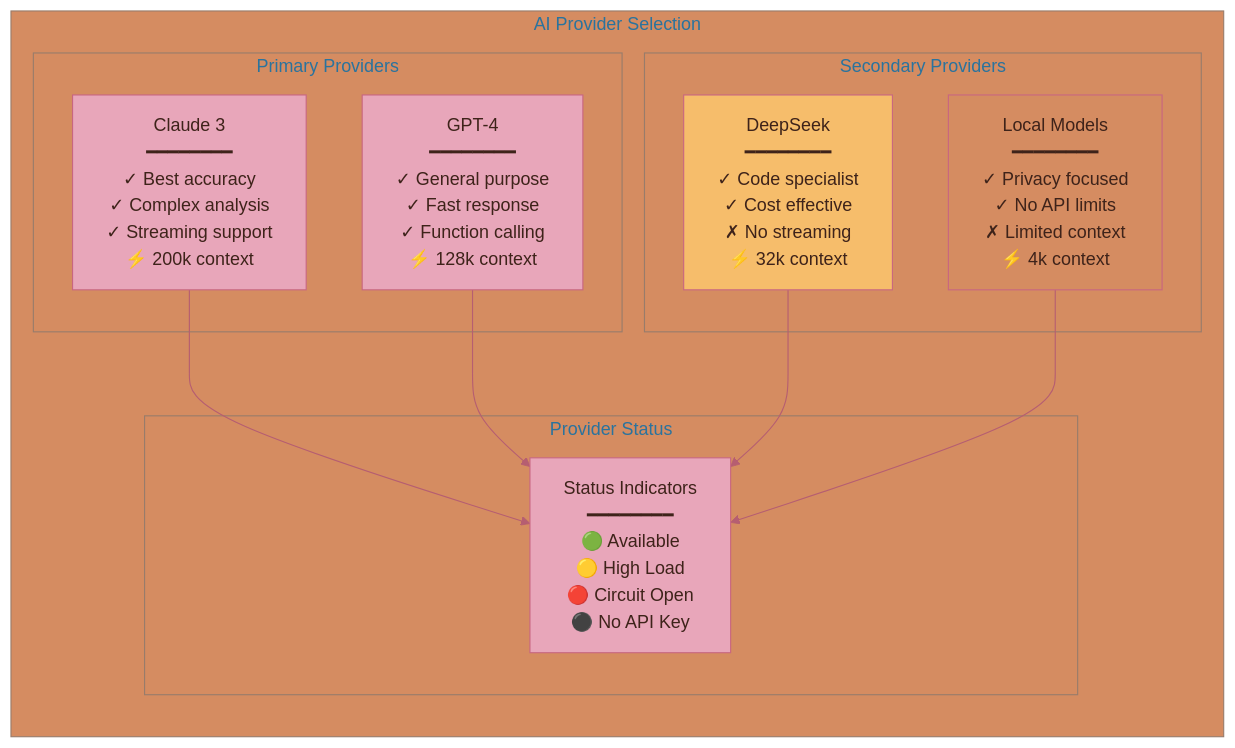
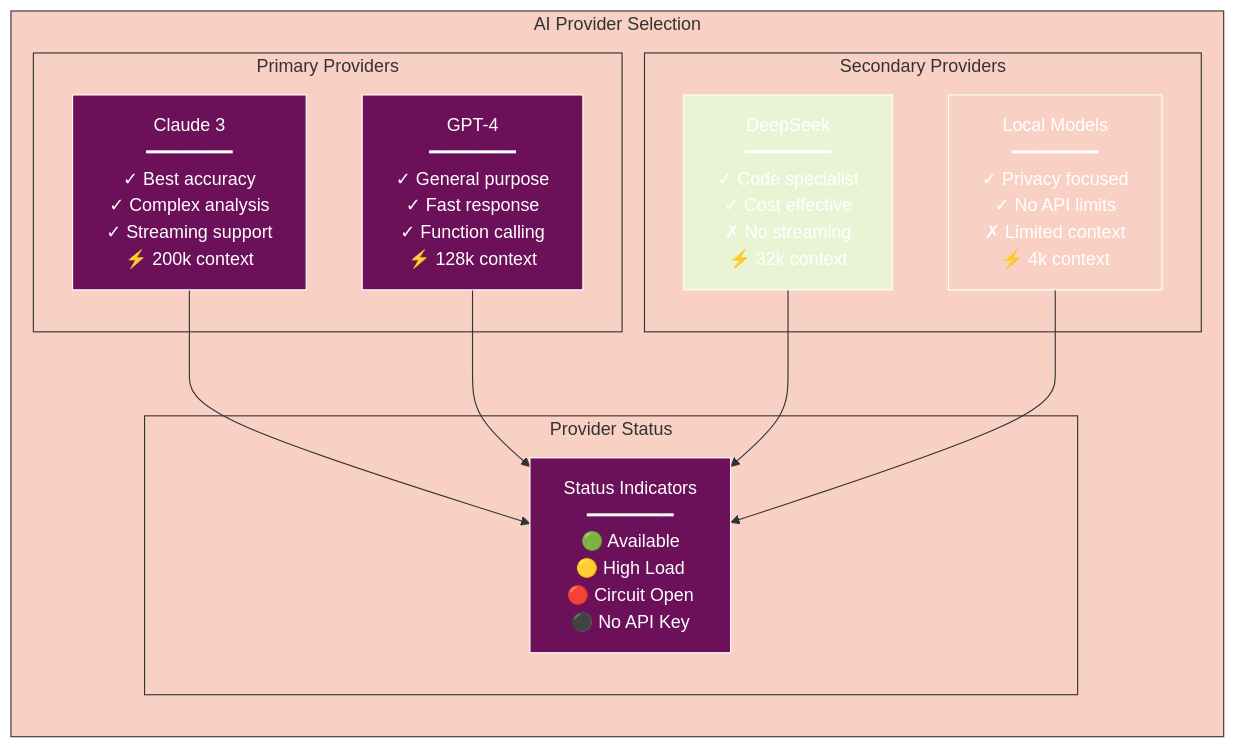
The fifth of 16 diagrams in docs/USER_GUIDE.md (radicalkjax/Athena), drawn with Mermaid before and after one commit. The commit also changed other lines of this file and 27 other files, not shown here.

Commit message:
Introduction of expo package manager. Updated docs to reflect changes. Unified mermaid theme for docs.

````diff
--- a/docs/USER_GUIDE.md
+++ b/docs/USER_GUIDE.md
@@ -443,47 +459,51 @@
 ```mermaid
 %%{init: {
   'theme': 'base',
   'themeVariables': {
-    'primaryColor': '#E8A6BA',
-    'primaryTextColor': '#3E231A',
-    'primaryBorderColor': '#C86681',
-    'lineColor': '#B65E71',
-    'secondaryColor': '#F6BD6B',
-    'tertiaryColor': '#D58C61',
-    'background': '#FFFFFF',
-    'mainBkg': '#E8A6BA',
-    'secondBkg': '#F6BD6B',
-    'tertiaryBkg': '#D58C61',
-    'textColor': '#3E231A',
+    'primaryColor': '#6d105a',
+    'primaryTextColor': '#ffffff',
+    'primaryBorderColor': '#ffffff',
+    'lineColor': '#333333',
+    'secondaryColor': '#e8f4d4',
+    'secondaryTextColor': '#333333',
+    'secondaryBorderColor': '#333333',
+    'tertiaryColor': '#f9d0c4',
+    'tertiaryTextColor': '#333333',
+    'tertiaryBorderColor': '#333333',
+    'background': '#ffffff',
+    'mainBkg': '#6d105a',
+    'secondBkg': '#e8f4d4',
+    'tertiaryBkg': '#f9d0c4',
+    'textColor': '#333333',
     'fontFamily': 'Arial, sans-serif'
   }
 }}%%
 graph LR
     subgraph "AI Provider Selection"
         subgraph "Primary Providers"
             Claude[Claude 3<br/>━━━━━━━━<br/>✓ Best accuracy<br/>✓ Complex analysis<br/>✓ Streaming support<br/>⚡ 200k context]
             
             OpenAI[GPT-4<br/>━━━━━━━━<br/>✓ General purpose<br/>✓ Fast response<br/>✓ Function calling<br/>⚡ 128k context]
         end
         
         subgraph "Secondary Providers"
             DeepSeek[DeepSeek<br/>━━━━━━━━<br/>✓ Code specialist<br/>✓ Cost effective<br/>✗ No streaming<br/>⚡ 32k context]
             
             Local[Local Models<br/>━━━━━━━━<br/>✓ Privacy focused<br/>✓ No API limits<br/>✗ Limited context<br/>⚡ 4k context]
         end
         
         subgraph "Provider Status"
             Status[Status Indicators<br/>━━━━━━━━<br/>🟢 Available<br/>🟡 High Load<br/>🔴 Circuit Open<br/>⚫ No API Key]
         end
     end
     
     Claude --> Status
     OpenAI --> Status
     DeepSeek --> Status
     Local --> Status
     
-    style Claude fill:#E8A6BA
-    style OpenAI fill:#E8A6BA
-    style DeepSeek fill:#F6BD6B
-    style Local fill:#D58C61
+    style Claude fill:#6d105a
+    style OpenAI fill:#6d105a
+    style DeepSeek fill:#e8f4d4
+    style Local fill:#f9d0c4
 ```
````
